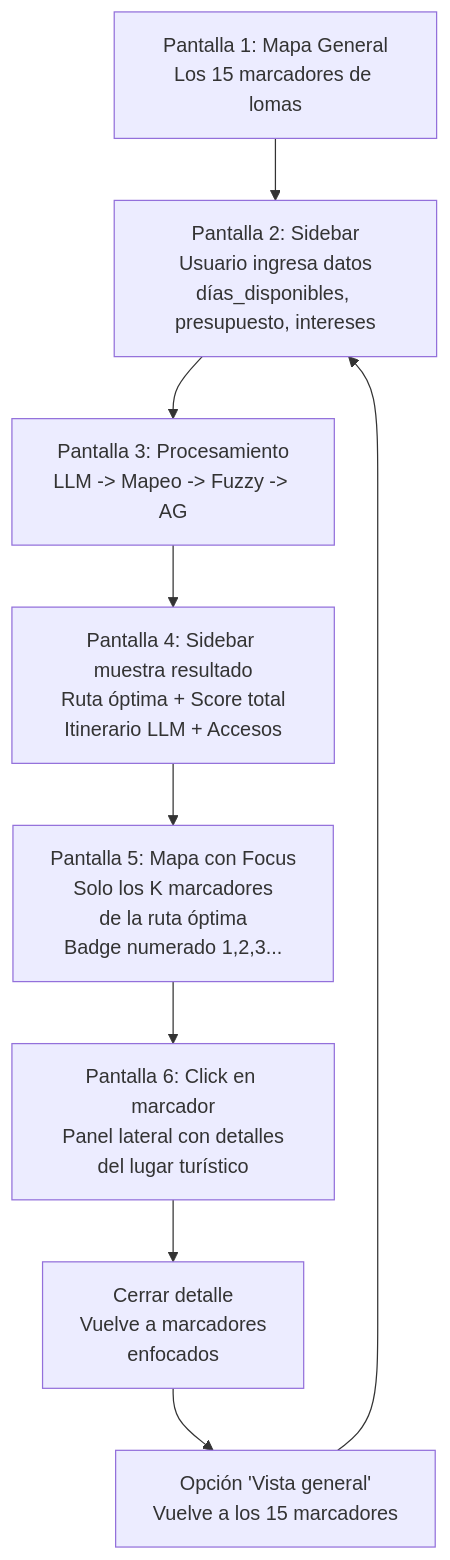
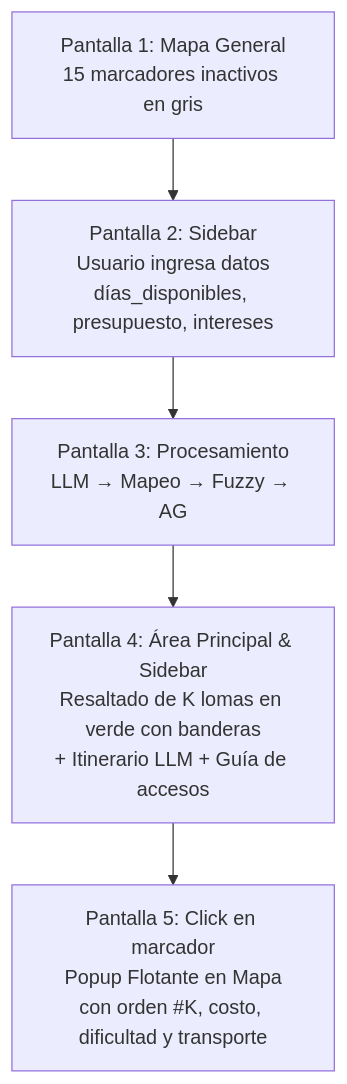
Before and after one commit to angel4luu/si-project-unmsm: the fourth of 8 diagrams in README.md, drawn with Mermaid. The commit also changed other lines of this file and 2 other files, not shown here.

Commit message:
feat(interfaz): mejorar la interacción del mapa y añadir nodo base arrastrable

````diff
--- a/README.md
+++ b/README.md
@@ -183,11 +183,7 @@
 ```mermaid
 flowchart TD
-    P1["Pantalla 1: Mapa General<br/>Los 15 marcadores de lomas"] --> P2["Pantalla 2: Sidebar<br/>Usuario ingresa datos<br/>días_disponibles, presupuesto, intereses"]
-    P2 --> P3["Pantalla 3: Procesamiento<br/>LLM -> Mapeo -> Fuzzy -> AG"]
-    P3 --> P4["Pantalla 4: Sidebar muestra resultado<br/>Ruta óptima + Score total<br/>Itinerario LLM + Accesos"]
-    P4 --> P5["Pantalla 5: Mapa con Focus<br/>Solo los K marcadores<br/>de la ruta óptima<br/>Badge numerado 1,2,3..."]
-    P5 --> P6["Pantalla 6: Click en marcador<br/>Panel lateral con detalles<br/>del lugar turístico"]
-    P6 --> P7["Cerrar detalle<br/>Vuelve a marcadores<br/>enfocados"]
-    P7 --> P8["Opción 'Vista general'<br/>Vuelve a los 15 marcadores"]
-    P8 --> P2
+    P1["Pantalla 1: Mapa General<br/>15 marcadores inactivos en gris"] --> P2["Pantalla 2: Sidebar<br/>Usuario ingresa datos<br/>días_disponibles, presupuesto, intereses"]
+    P2 --> P3["Pantalla 3: Procesamiento<br/>LLM → Mapeo → Fuzzy → AG"]
+    P3 --> P4["Pantalla 4: Área Principal & Sidebar<br/>Resaltado de K lomas en verde con banderas<br/>+ Itinerario LLM + Guía de accesos"]
+    P4 --> P5["Pantalla 5: Click en marcador<br/>Popup Flotante en Mapa<br/>con orden #K, costo, dificultad y transporte"]
 ```
````
